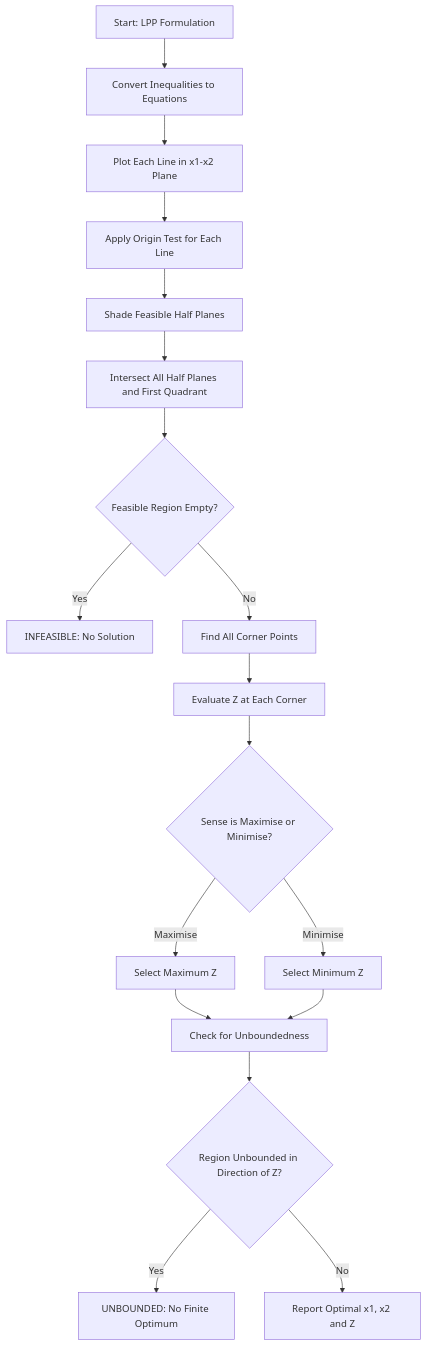
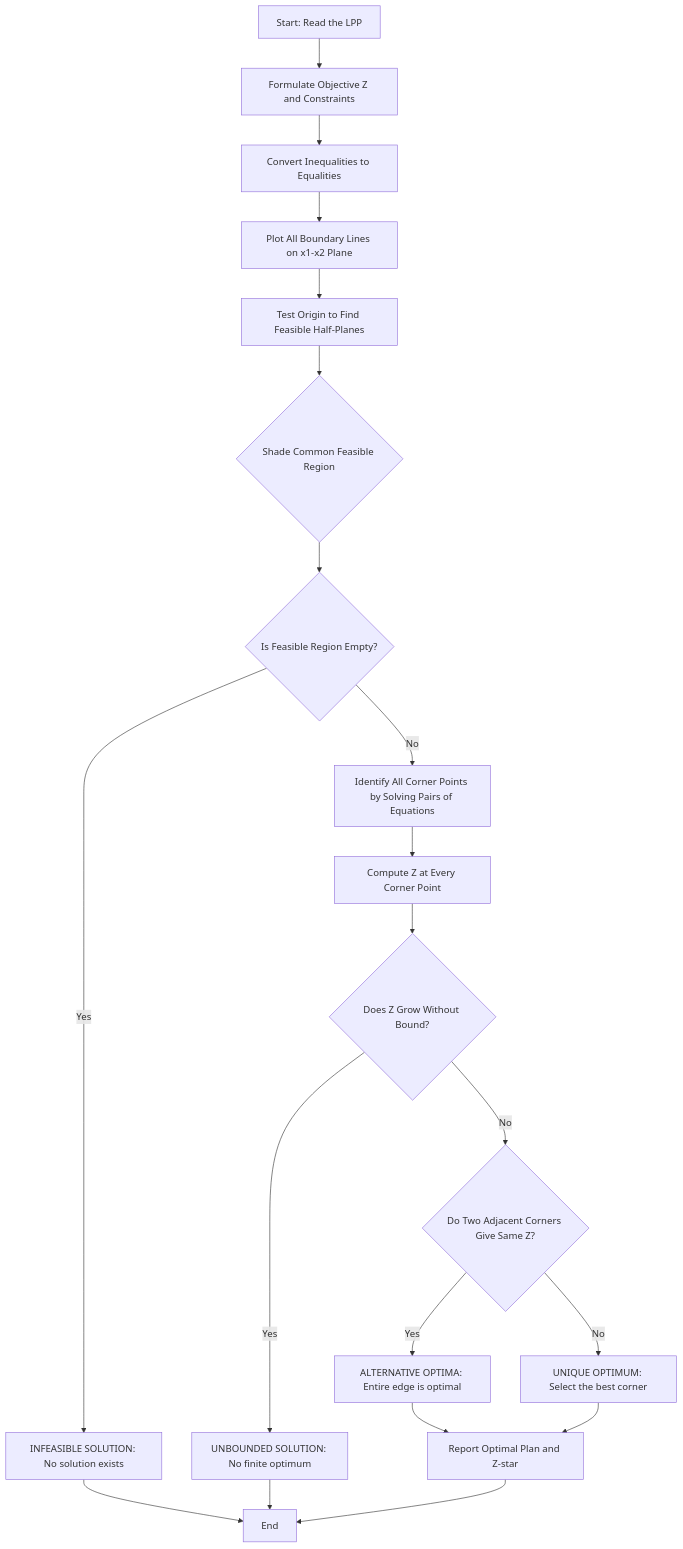
The first of 3 diagrams in public/notes/computer-science-and-engineering/semester-1/gamat101-mathematics-for-information-science-1/04-module-4-constrained-maxima-and-minima/solution-of-lpp-using-graphic-method/notes.md (vishnuu-kr/ktunode), drawn with Mermaid before and after one commit. The commit also changed other lines of this file and 4829 other files, not shown here.

````diff
--- a/public/notes/computer-science-and-engineering/semester-1/gamat101-mathematics-for-information-science-1/04-module-4-constrained-maxima-and-minima/solution-of-lpp-using-graphic-method/notes.md
+++ b/public/notes/computer-science-and-engineering/semester-1/gamat101-mathematics-for-information-science-1/04-module-4-constrained-maxima-and-minima/solution-of-lpp-using-graphic-method/notes.md
@@ -301,20 +338,22 @@
 ```mermaid
 flowchart TD
-    A[Start: LPP Formulation] --> B[Convert Inequalities to Equations]
-    B --> C[Plot Each Line in x1-x2 Plane]
-    C --> D[Apply Origin Test for Each Line]
-    D --> E[Shade Feasible Half Planes]
-    E --> F[Intersect All Half Planes and First Quadrant]
-    F --> G{Feasible Region Empty?}
-    G -- Yes --> H[INFEASIBLE: No Solution]
-    G -- No --> I[Find All Corner Points]
-    I --> J[Evaluate Z at Each Corner]
-    J --> K{Sense is Maximise or Minimise?}
-    K -- Maximise --> L[Select Maximum Z]
-    K -- Minimise --> M[Select Minimum Z]
-    L --> N[Check for Unboundedness]
-    M --> N
-    N --> O{Region Unbounded in Direction of Z?}
-    O -- Yes --> P[UNBOUNDED: No Finite Optimum]
-    O -- No --> Q[Report Optimal x1, x2 and Z]
+    A[Start: Read the LPP] --> B[Formulate Objective Z and Constraints]
+    B --> C[Convert Inequalities to Equalities]
+    C --> D[Plot All Boundary Lines on x1-x2 Plane]
+    D --> E[Test Origin to Find Feasible Half-Planes]
+    E --> F{Shade Common Feasible Region}
+    F --> G{Is Feasible Region Empty?}
+    G -- Yes --> H1[INFEASIBLE SOLUTION: No solution exists]
+    G -- No --> I[Identify All Corner Points by Solving Pairs of Equations]
+    I --> J[Compute Z at Every Corner Point]
+    J --> K{Does Z Grow Without Bound?}
+    K -- Yes --> H2[UNBOUNDED SOLUTION: No finite optimum]
+    K -- No --> L{Do Two Adjacent Corners Give Same Z?}
+    L -- Yes --> M[ALTERNATIVE OPTIMA: Entire edge is optimal]
+    L -- No --> N[UNIQUE OPTIMUM: Select the best corner]
+    M --> O[Report Optimal Plan and Z-star]
+    N --> O
+    H1 --> P[End]
+    H2 --> P
+    O --> P
 ```
````
